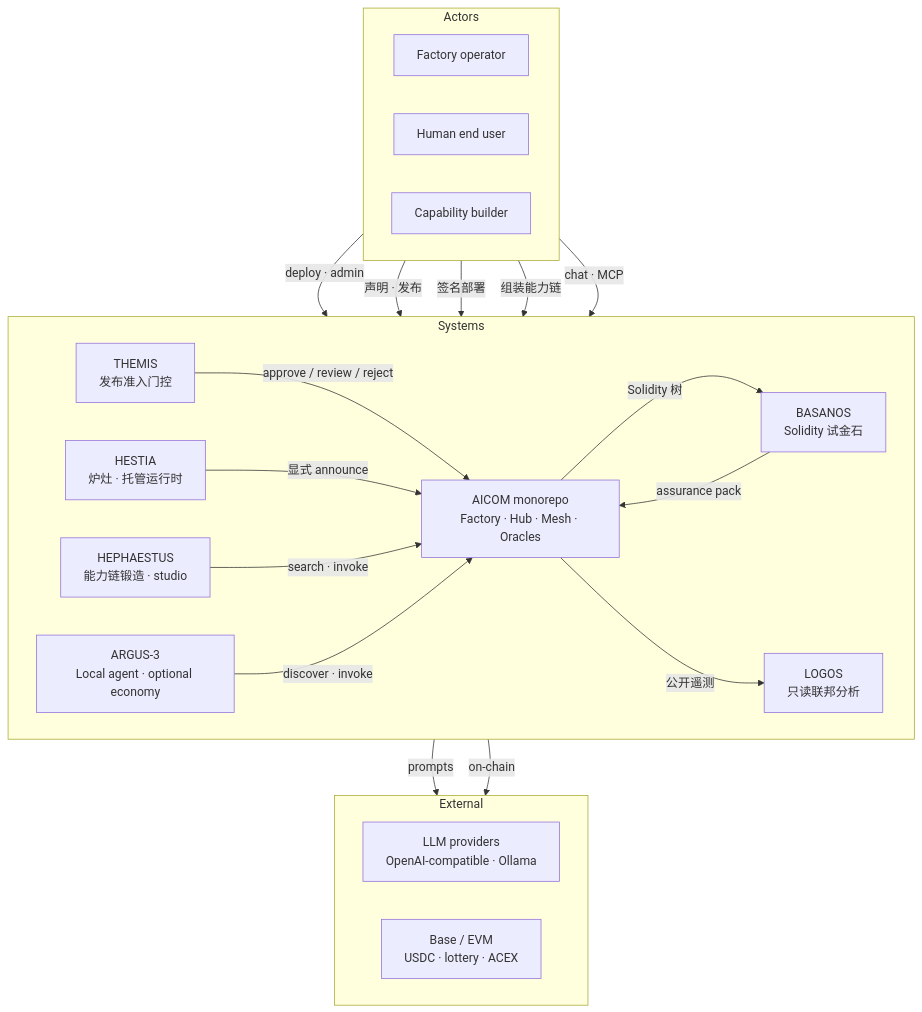
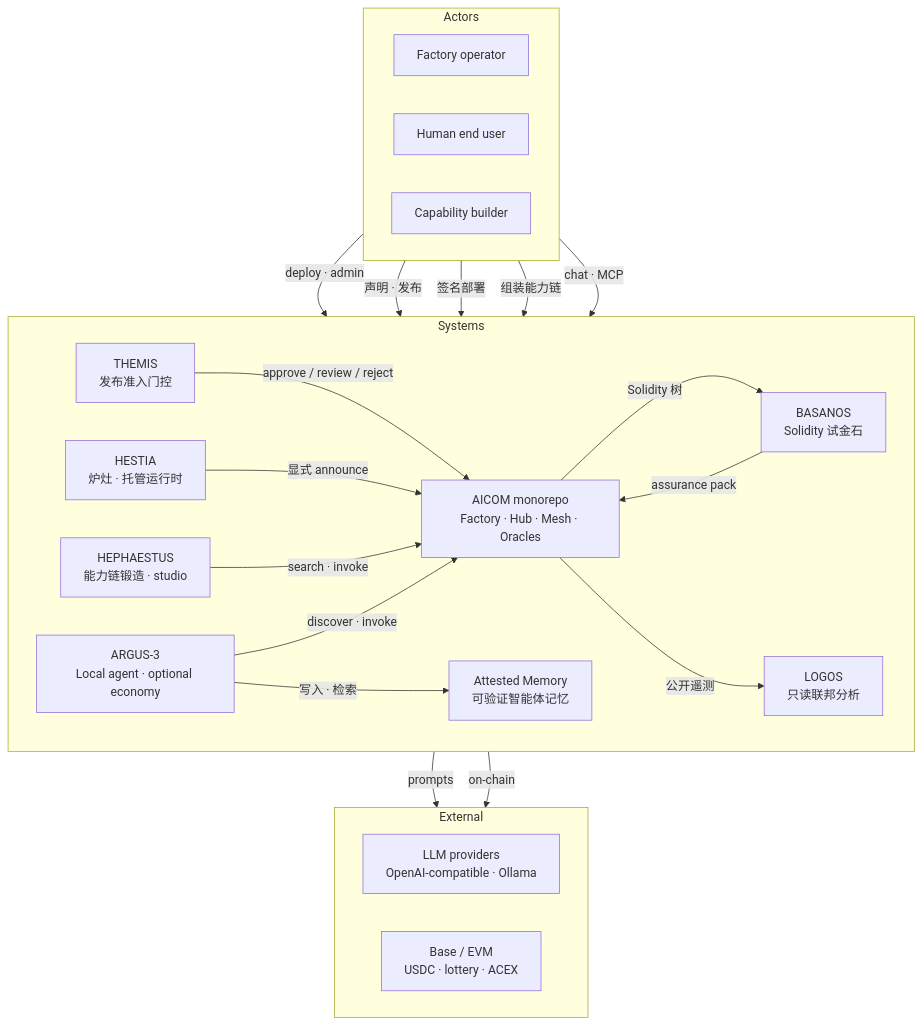
One commit to alexar76/aicom changed the second of 5 diagrams in docs/ecosystem/whitepaper/zh.md. Above: the diagram before and after it, drawn with Mermaid. The commit also changed other lines of this file and 99 other files, not shown here.

````diff
--- a/docs/ecosystem/whitepaper/zh.md
+++ b/docs/ecosystem/whitepaper/zh.md
@@ -144,41 +147,43 @@
 ```mermaid
 flowchart TB
   subgraph actors["Actors"]
     direction LR
     operator["Factory operator"]
     enduser["Human end user"]
     builder["Capability builder"]
   end
 
   subgraph systems["Systems"]
     direction LR
     aicom["AICOM monorepo<br/>Factory · Hub · Mesh · Oracles"]
     themis["THEMIS<br/>发布准入门控"]
     hestia["HESTIA<br/>炉灶 · 托管运行时"]
     basanos["BASANOS<br/>Solidity 试金石"]
     hephaestus["HEPHAESTUS<br/>能力链锻造 · studio"]
     logos["LOGOS<br/>只读联邦分析"]
     argus["ARGUS-3<br/>Local agent · optional economy"]
+    memory["Attested Memory<br/>可验证智能体记忆"]
   end
 
   subgraph external["External"]
     direction LR
     llm["LLM providers<br/>OpenAI-compatible · Ollama"]
     chain["Base / EVM<br/>USDC · lottery · ACEX"]
   end
 
   operator -->|deploy · admin| aicom
   builder -->|声明 · 发布| themis
   themis -->|"approve / review / reject"| aicom
   builder -->|签名部署| hestia
   hestia -->|显式 announce| aicom
   enduser -->|组装能力链| hephaestus
   hephaestus -->|search · invoke| aicom
   aicom -->|Solidity 树| basanos
   basanos -->|assurance pack| aicom
   enduser -->|chat · MCP| argus
   argus -->|discover · invoke| aicom
+  argus -->|写入 · 检索| memory
   aicom -->|公开遥测| logos
   aicom -->|prompts| llm
   aicom -->|on-chain| chain
 ```
````
